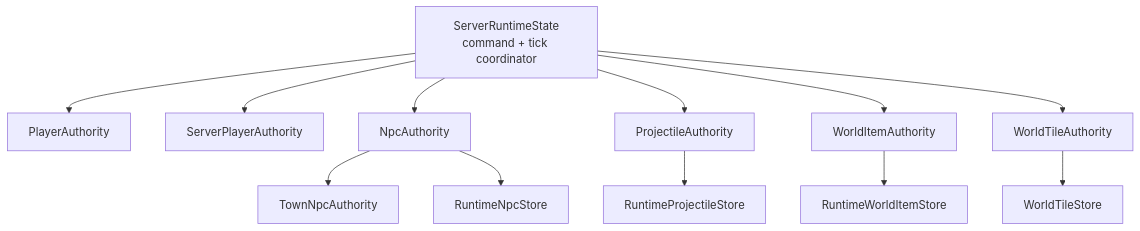
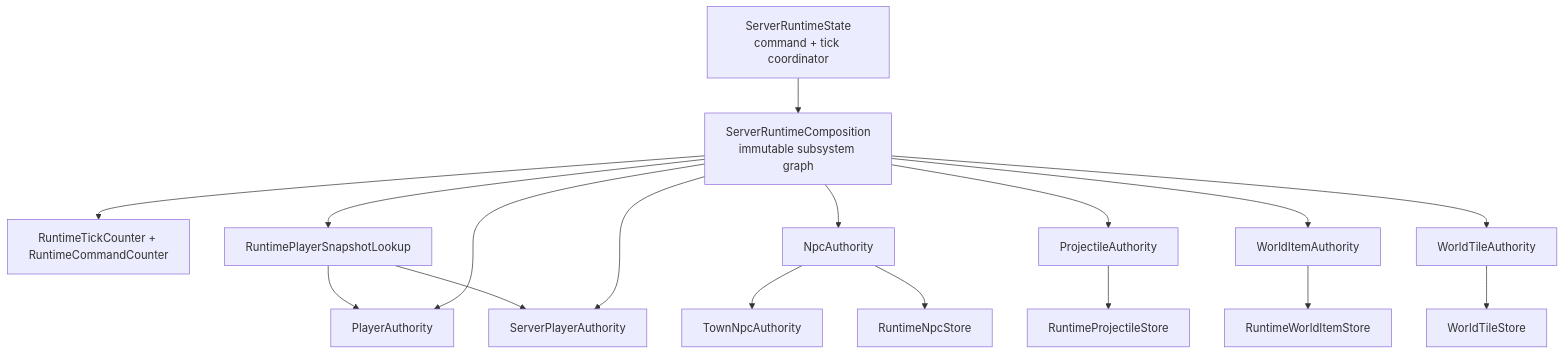
Before and after one commit to VegaKernel/TerraRuntime: the third of 10 diagrams in docs/en/architecture.md, drawn with Mermaid. The commit also changed other lines of this file and 779 other files, not shown here.

First line of the commit message:
refactor: streamline runtime ownership, projectile pipeline, and naming

````diff
--- a/docs/en/architecture.md
+++ b/docs/en/architecture.md
@@ -77,14 +77,19 @@
 ```mermaid
 flowchart TD
-    State["ServerRuntimeState\ncommand + tick coordinator"] --> Players["PlayerAuthority"]
-    State --> ServerPlayers["ServerPlayerAuthority"]
-    State --> Npcs["NpcAuthority"]
+    State["ServerRuntimeState\ncommand + tick coordinator"] --> Composition["ServerRuntimeComposition\nimmutable subsystem graph"]
+    Composition --> Counters["RuntimeTickCounter + RuntimeCommandCounter"]
+    Composition --> PlayerLookup["RuntimePlayerSnapshotLookup"]
+    PlayerLookup --> Players["PlayerAuthority"]
+    PlayerLookup --> ServerPlayers["ServerPlayerAuthority"]
+    Composition --> Players
+    Composition --> ServerPlayers
+    Composition --> Npcs["NpcAuthority"]
     Npcs --> Town["TownNpcAuthority"]
-    State --> Projectiles["ProjectileAuthority"]
-    State --> Items["WorldItemAuthority"]
-    State --> Tiles["WorldTileAuthority"]
+    Composition --> Projectiles["ProjectileAuthority"]
+    Composition --> Items["WorldItemAuthority"]
+    Composition --> Tiles["WorldTileAuthority"]
     Npcs --> NpcStore["RuntimeNpcStore"]
     Projectiles --> ProjectileStore["RuntimeProjectileStore"]
     Items --> ItemStore["RuntimeWorldItemStore"]
     Tiles --> WorldTiles["WorldTileStore"]
 ```
````
